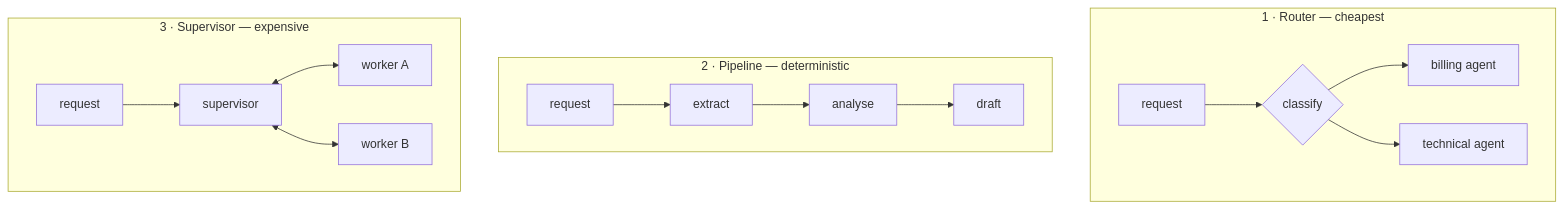
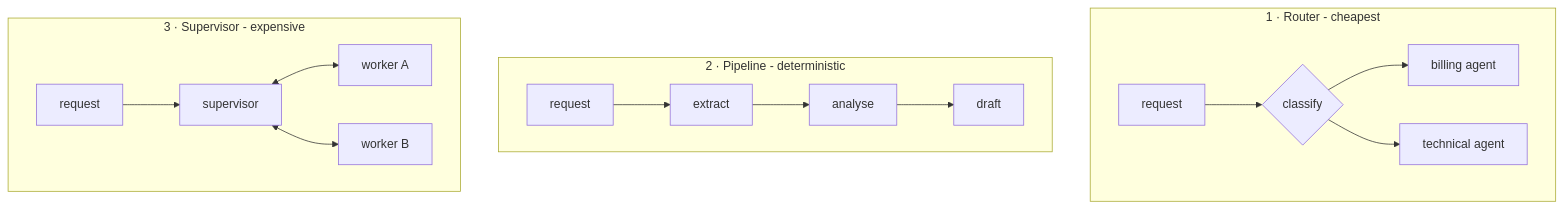
One commit to danielsousaoliveira/cs-fundamentals changed the diagram in src/content/docs/10-ai-engineering/agent-orchestration.mdx. Above: the diagram before and after it, drawn with Mermaid. The commit also changed other lines of this file and 139 other files, not shown here.

````diff
--- a/src/content/docs/10-ai-engineering/agent-orchestration.mdx
+++ b/src/content/docs/10-ai-engineering/agent-orchestration.mdx
@@ -60,15 +60,15 @@
 ```mermaid
 flowchart TB
-  subgraph R["1 · Router — cheapest"]
+  subgraph R["1 · Router - cheapest"]
     Q1[request] --> C{classify} --> A1[billing agent]
     C --> A2[technical agent]
   end
-  subgraph P["2 · Pipeline — deterministic"]
+  subgraph P["2 · Pipeline - deterministic"]
     Q2[request] --> S1[extract] --> S2[analyse] --> S3[draft]
   end
-  subgraph S["3 · Supervisor — expensive"]
+  subgraph S["3 · Supervisor - expensive"]
     Q3[request] --> SUP[supervisor]
     SUP <--> W1[worker A]
     SUP <--> W2[worker B]
   end
 ```
````
